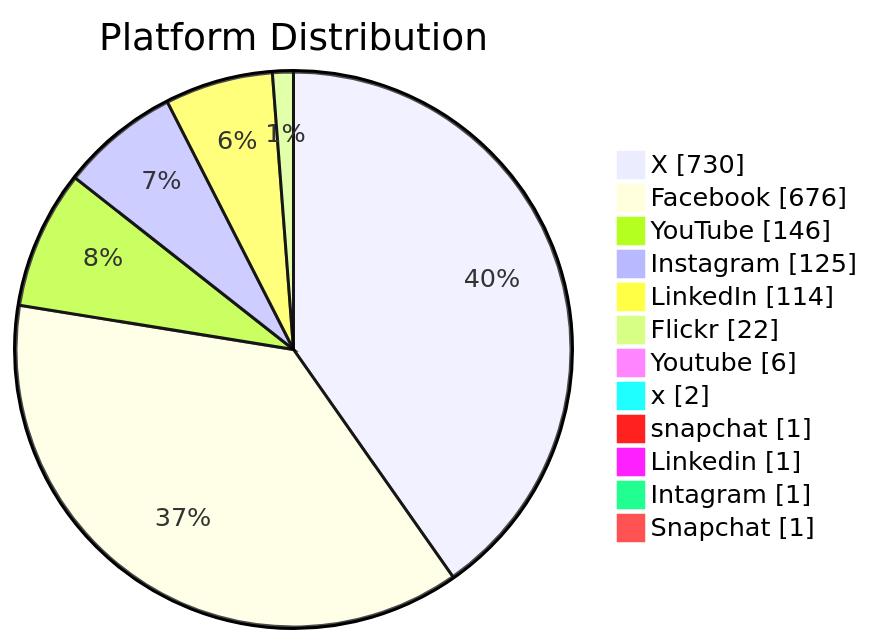
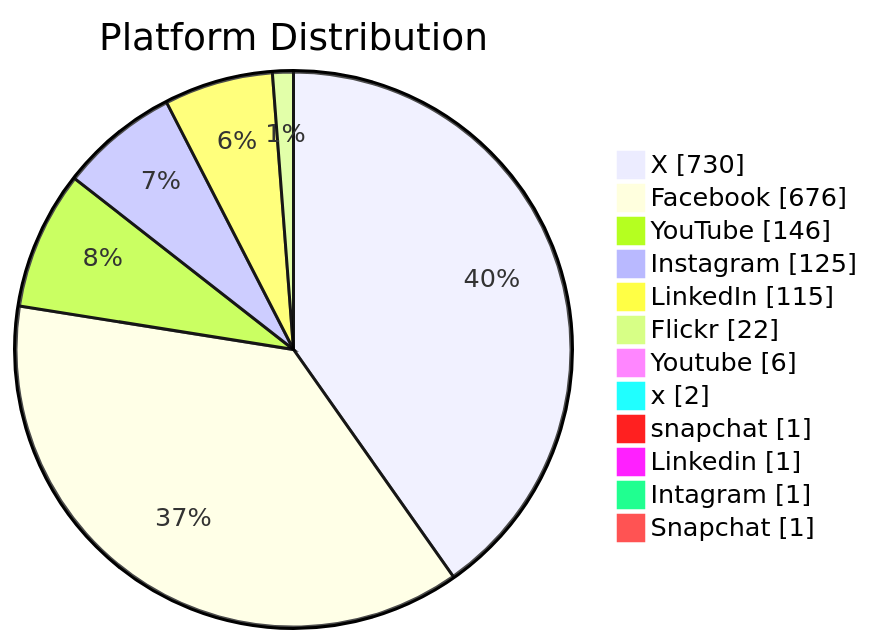
Before and after one commit to PatLittle/GC-Socials: the second of 6 diagrams in README.md, drawn with Mermaid. The commit also changed other lines of this file, not shown here.

Commit message:
Update README with Platform Distribution pie chart

````diff
--- a/README.md
+++ b/README.md
@@ -45,15 +45,15 @@
 ```mermaid
 pie showData title Platform Distribution
     "X": 730
     "Facebook": 676
     "YouTube": 146
     "Instagram": 125
-    "LinkedIn": 114
+    "LinkedIn": 115
     "Flickr": 22
     "Youtube": 6
     "x": 2
     "snapchat": 1
     "Linkedin": 1
     "Intagram": 1
     "Snapchat": 1
 ```
````
